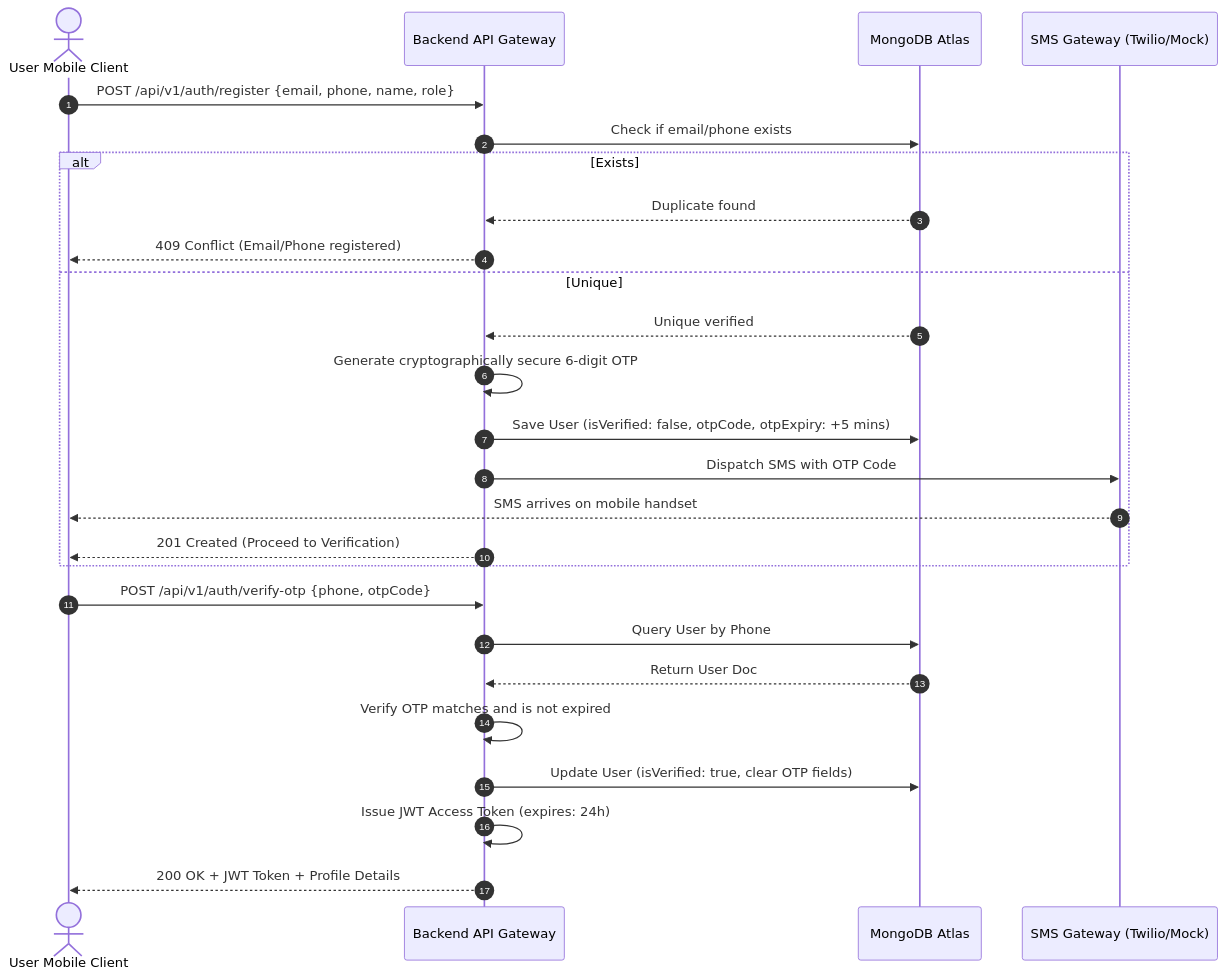
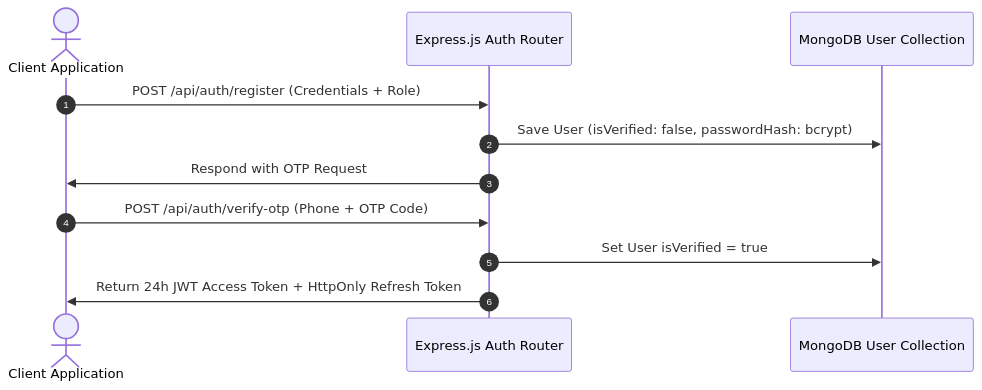
One commit to ananthamanvitha9-oss/home-hero changed the second of 3 diagrams in docs/architecture/system-architecture.md. Above: the diagram before and after it, drawn with Mermaid. The commit also changed other lines of this file and 22 other files, not shown here.

Commit message:
feat: implement backend API foundation, authentication controllers, and frontend service layer with Axios interceptors

````diff
--- a/docs/architecture/system-architecture.md
+++ b/docs/architecture/system-architecture.md
@@ -264,30 +85,14 @@
 ```mermaid
 sequenceDiagram
     autonumber
-    actor User as User Mobile Client
-    participant Server as Backend API Gateway
-    participant DB as MongoDB Atlas
-    participant SMS as SMS Gateway (Twilio/Mock)
+    actor User as Client Application
+    participant API as Express.js Auth Router
+    participant DB as MongoDB User Collection
 
-    User->>Server: POST /api/v1/auth/register {email, phone, name, role}
-    Server->>DB: Check if email/phone exists
-    alt Exists
-        DB-->>Server: Duplicate found
-        Server-->>User: 409 Conflict (Email/Phone registered)
-    else Unique
-        DB-->>Server: Unique verified
-        Server->>Server: Generate cryptographically secure 6-digit OTP
-        Server->>DB: Save User (isVerified: false, otpCode, otpExpiry: +5 mins)
-        Server->>SMS: Dispatch SMS with OTP Code
-        SMS-->>User: SMS arrives on mobile handset
-        Server-->>User: 201 Created (Proceed to Verification)
-    end
-
-    User->>Server: POST /api/v1/auth/verify-otp {phone, otpCode}
-    Server->>DB: Query User by Phone
-    DB-->>Server: Return User Doc
-    Server->>Server: Verify OTP matches and is not expired
-    Server->>DB: Update User (isVerified: true, clear OTP fields)
-    Server->>Server: Issue JWT Access Token (expires: 24h)
-    Server-->>User: 200 OK + JWT Token + Profile Details
+    User->>API: POST /api/auth/register (Credentials + Role)
+    API->>DB: Save User (isVerified: false, passwordHash: bcrypt)
+    API->>User: Respond with OTP Request
+    User->>API: POST /api/auth/verify-otp (Phone + OTP Code)
+    API->>DB: Set User isVerified = true
+    API->>User: Return 24h JWT Access Token + HttpOnly Refresh Token
 ```
````
